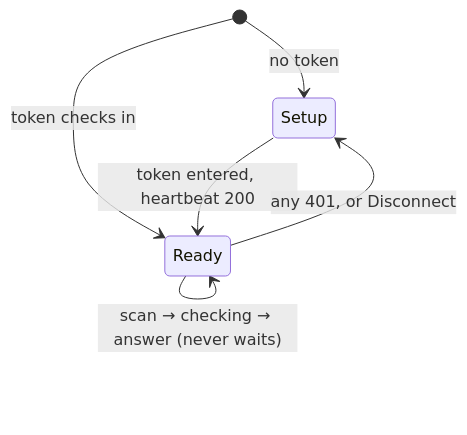
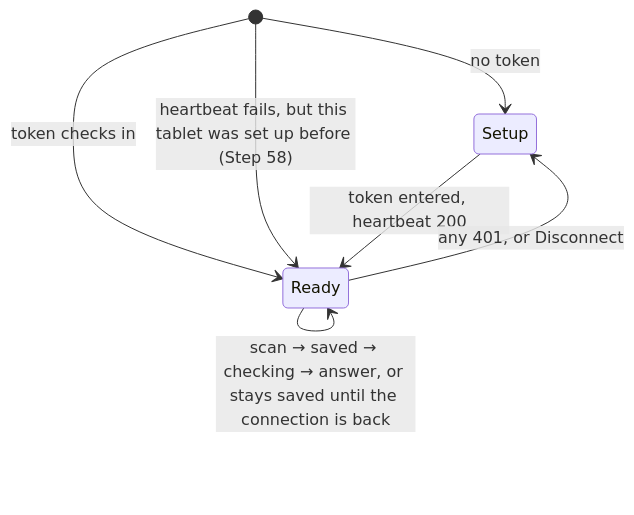
Before and after one commit to psmacabulos/talaan: the second of 4 diagrams in docs/GATE.md, drawn with Mermaid. The commit also changed other lines of this file and 24 other files, not shown here.

````diff
--- a/docs/GATE.md
+++ b/docs/GATE.md
@@ -47,8 +48,9 @@
 ```mermaid
 stateDiagram-v2
     [*] --> Setup: no token
     [*] --> Ready: token checks in
+    [*] --> Ready: heartbeat fails, but this tablet was set up before (Step 58)
     Setup --> Ready: token entered, heartbeat 200
     Ready --> Setup: any 401, or Disconnect
-    Ready --> Ready: scan → checking → answer (never waits)
+    Ready --> Ready: scan → saved → checking → answer, or stays saved until the connection is back
 ```
````
